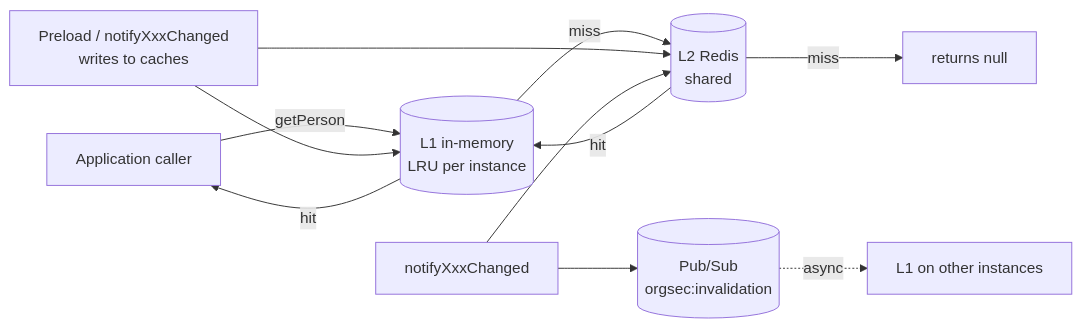
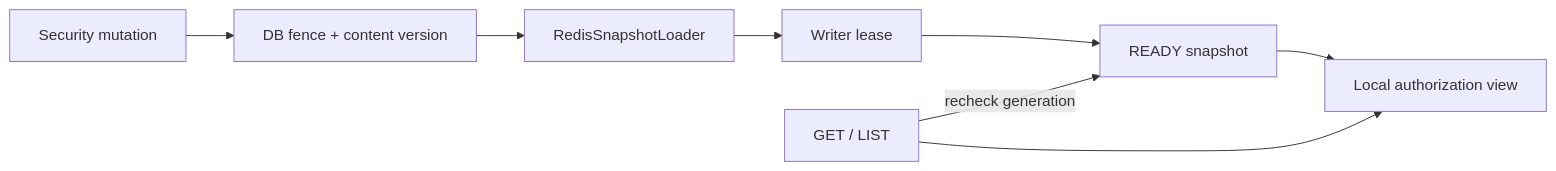
The diagram in docs/storage/03-redis.md (Nomendi6/orgsec), drawn with Mermaid before and after one commit. The commit also changed other lines of this file and 16 other files, not shown here.

First line of the commit message:
docs: describe the 1.1 Redis snapshot contract and restore Person API signatures

````diff
--- a/docs/storage/03-redis.md
+++ b/docs/storage/03-redis.md
@@ -11,21 +26,18 @@
 ```mermaid
 flowchart LR
-    Caller[Application caller]
-    L1[(L1 in-memory<br/>LRU per instance)]
-    L2[(L2 Redis<br/>shared)]
-    Loader[Preload / notifyXxxChanged<br/>writes to caches]
-    PubSub[(Pub/Sub<br/>orgsec:invalidation)]
+    Mutation[Security mutation]
+    Fence[DB fence + content version]
+    Loader[RedisSnapshotLoader]
+    Lease[Writer lease]
+    Ready[READY snapshot]
+    View[Local authorization view]
+    Get[GET / LIST]
 
-    Caller -->|getPerson| L1
-    L1 -- hit --> Caller
-    L1 -- miss --> L2
-    L2 -- hit --> L1
-    L2 -- miss --> Null[returns null]
-
-    Loader --> L1
-    Loader --> L2
-
-    Mutation[notifyXxxChanged] --> L2
-    Mutation --> PubSub
-    PubSub -.async.-> RemoteL1[L1 on other instances]
+    Mutation --> Fence
+    Fence --> Loader
+    Loader --> Lease
+    Lease --> Ready
+    Ready --> View
+    Get --> View
+    Get -->|recheck generation| Ready
 ```
````
